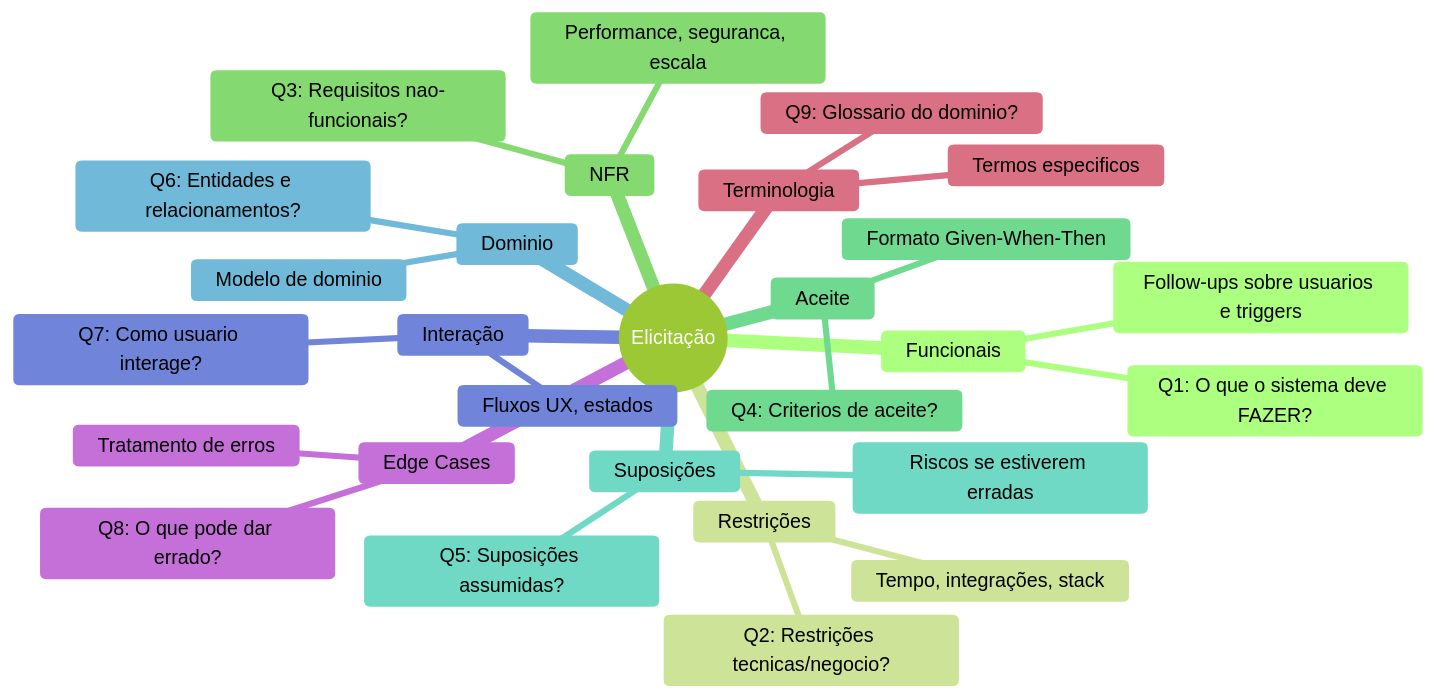
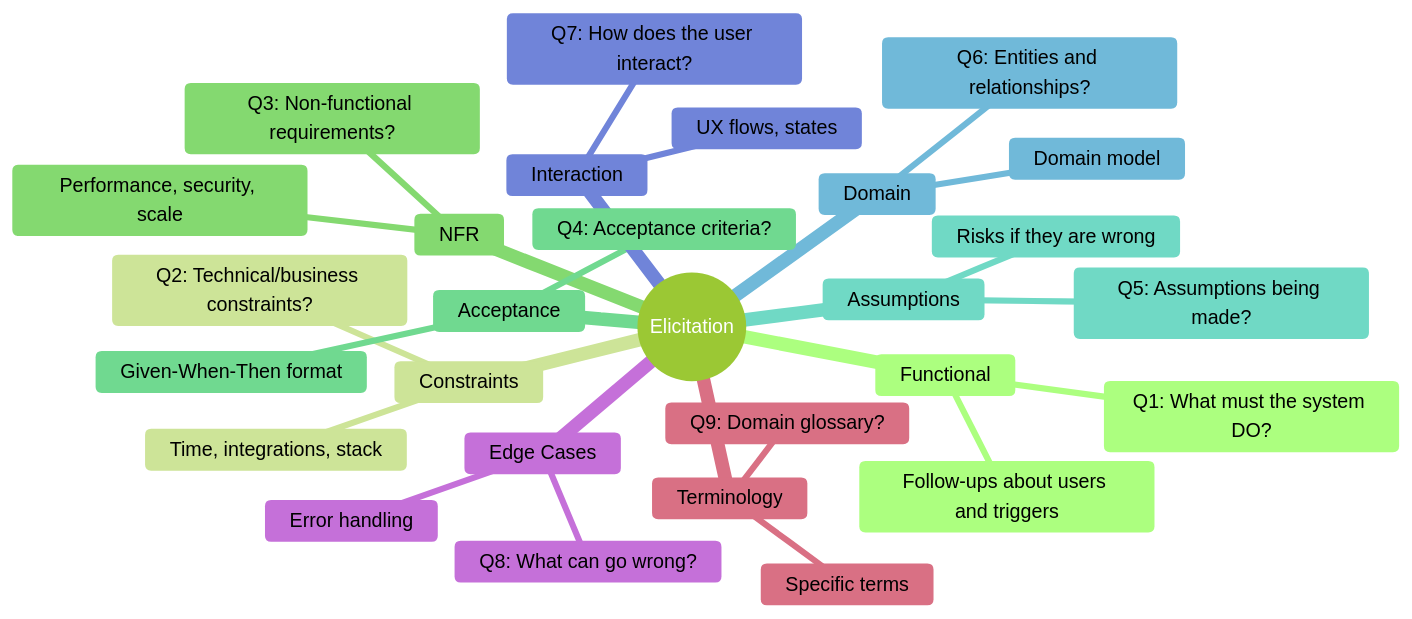
The fourth of 17 diagrams in docs/aexos-workflows/spec-pipeline-workflow.md (CyryxLabs/AEXOS), drawn with Mermaid (forest theme) before and after one commit. The commit also changed other lines of this file and 528 other files, not shown here.

````diff
--- a/docs/aexos-workflows/spec-pipeline-workflow.md
+++ b/docs/aexos-workflows/spec-pipeline-workflow.md
@@ -246,31 +246,31 @@
 ```mermaid
 mindmap
-  root((Elicitação))
-    Funcionais
-      Q1: O que o sistema deve FAZER?
-      Follow-ups sobre usuarios e triggers
-    Restrições
-      Q2: Restrições tecnicas/negocio?
-      Tempo, integrações, stack
+  root((Elicitation))
+    Functional
+      Q1: What must the system DO?
+      Follow-ups about users and triggers
+    Constraints
+      Q2: Technical/business constraints?
+      Time, integrations, stack
     NFR
-      Q3: Requisitos nao-funcionais?
-      Performance, seguranca, escala
-    Aceite
-      Q4: Criterios de aceite?
-      Formato Given-When-Then
-    Suposições
-      Q5: Suposições assumidas?
-      Riscos se estiverem erradas
-    Dominio
-      Q6: Entidades e relacionamentos?
-      Modelo de dominio
-    Interação
-      Q7: Como usuario interage?
-      Fluxos UX, estados
+      Q3: Non-functional requirements?
+      Performance, security, scale
+    Acceptance
+      Q4: Acceptance criteria?
+      Given-When-Then format
+    Assumptions
+      Q5: Assumptions being made?
+      Risks if they are wrong
+    Domain
+      Q6: Entities and relationships?
+      Domain model
+    Interaction
+      Q7: How does the user interact?
+      UX flows, states
     Edge Cases
-      Q8: O que pode dar errado?
-      Tratamento de erros
-    Terminologia
-      Q9: Glossario do dominio?
-      Termos especificos
+      Q8: What can go wrong?
+      Error handling
+    Terminology
+      Q9: Domain glossary?
+      Specific terms
 ```
````
